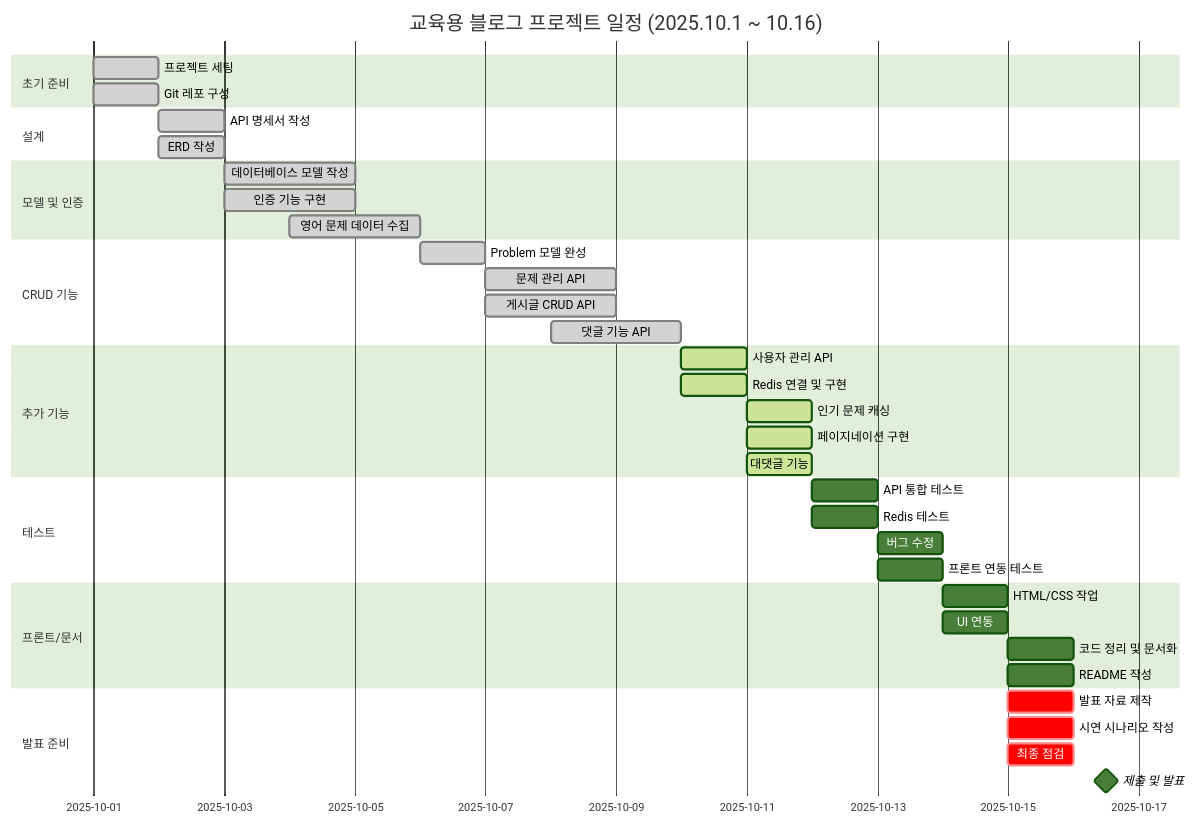
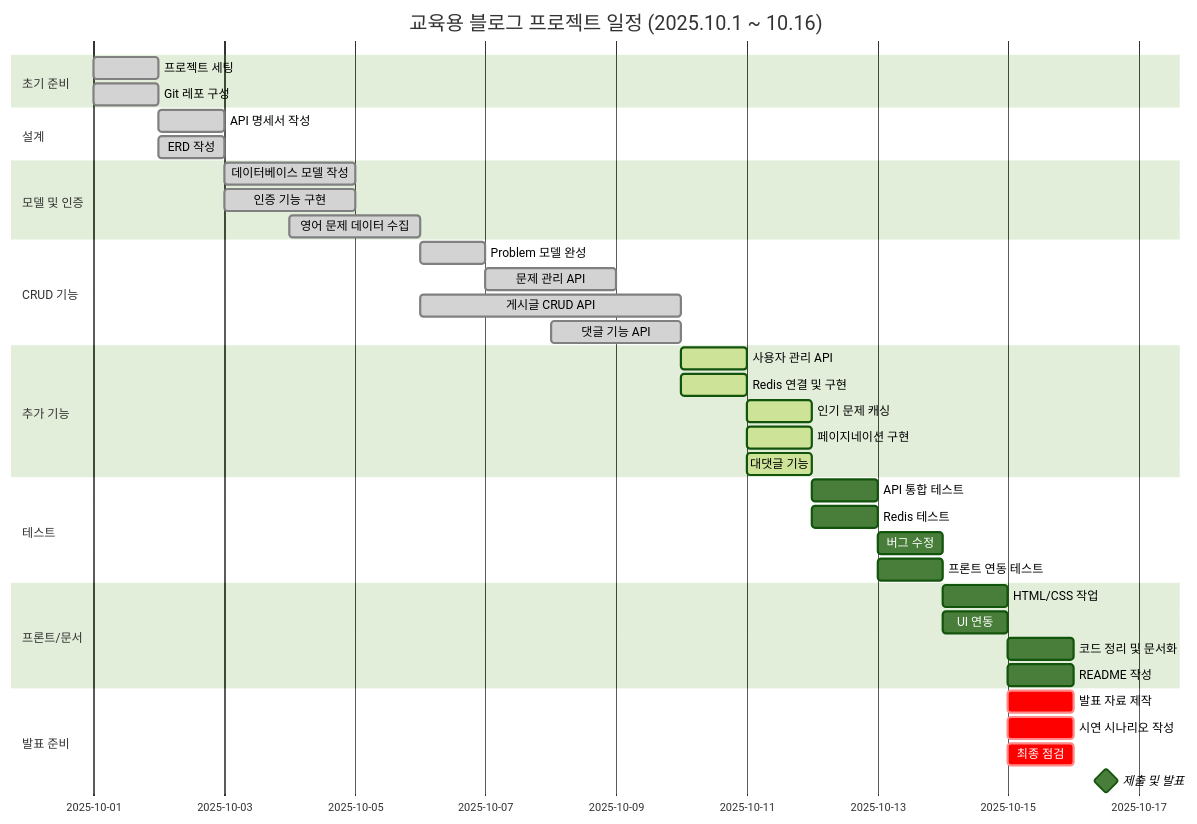
Before and after one commit to b1351b1/modu-blog-project: the diagram in README.md, drawn with Mermaid (forest theme).

Commit message:
docs:README>md 수정

````diff
--- a/README.md
+++ b/README.md
@@ -101,49 +101,49 @@
 ```mermaid
 gantt
     title 교육용 블로그 프로젝트 일정 (2025.10.1 ~ 10.16)
     dateFormat  YYYY-MM-DD
     
     section 초기 준비
     프로젝트 세팅           :done, 2025-10-01, 1d
     Git 레포 구성          :done, 2025-10-01, 1d
     
     section 설계
     API 명세서 작성         :done, 2025-10-02, 1d
     ERD 작성              :done, 2025-10-02, 1d
     
     section 모델 및 인증
     데이터베이스 모델 작성   :done, 2025-10-03, 2d
     인증 기능 구현         :done, 2025-10-03, 2d
     영어 문제 데이터 수집   :done, 2025-10-04, 2d
     
     section CRUD 기능
     Problem 모델 완성      :done, 2025-10-06, 1d
     문제 관리 API         :done, 2025-10-07, 2d
-    게시글 CRUD API       :done, 2025-10-07, 2d
+    게시글 CRUD API       :done, 2025-10-06, 4d
     댓글 기능 API         :done, 2025-10-08, 2d
     
     section 추가 기능
     사용자 관리 API        :active, 2025-10-10, 1d
     Redis 연결 및 구현     :active, 2025-10-10, 1d
     인기 문제 캐싱         :active, 2025-10-11, 1d
     페이지네이션 구현      :active, 2025-10-11, 1d
     대댓글 기능           :active, 2025-10-11, 1d
     
     section 테스트
     API 통합 테스트        :2025-10-12, 1d
     Redis 테스트          :2025-10-12, 1d
     버그 수정             :2025-10-13, 1d
     프론트 연동 테스트     :2025-10-13, 1d
     
     section 프론트/문서
     HTML/CSS 작업         :2025-10-14, 1d
     UI 연동               :2025-10-14, 1d
     코드 정리 및 문서화    :2025-10-15, 1d
     README 작성           :2025-10-15, 1d
     
     section 발표 준비
     발표 자료 제작         :crit, 2025-10-15, 1d
     시연 시나리오 작성     :crit, 2025-10-15, 1d
     최종 점검             :crit, 2025-10-15, 1d
     제출 및 발표          :milestone, 2025-10-16, 1d
 ```
````
